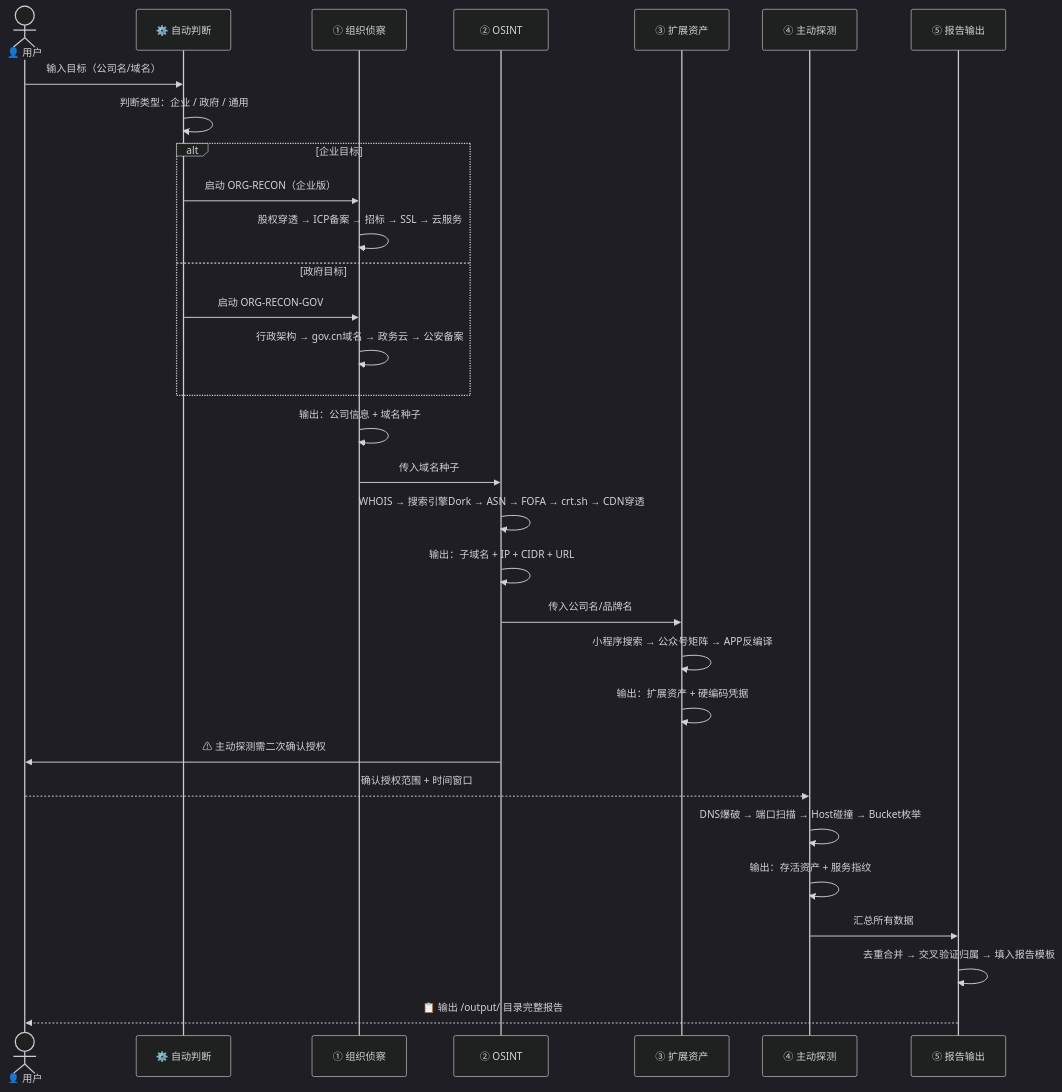
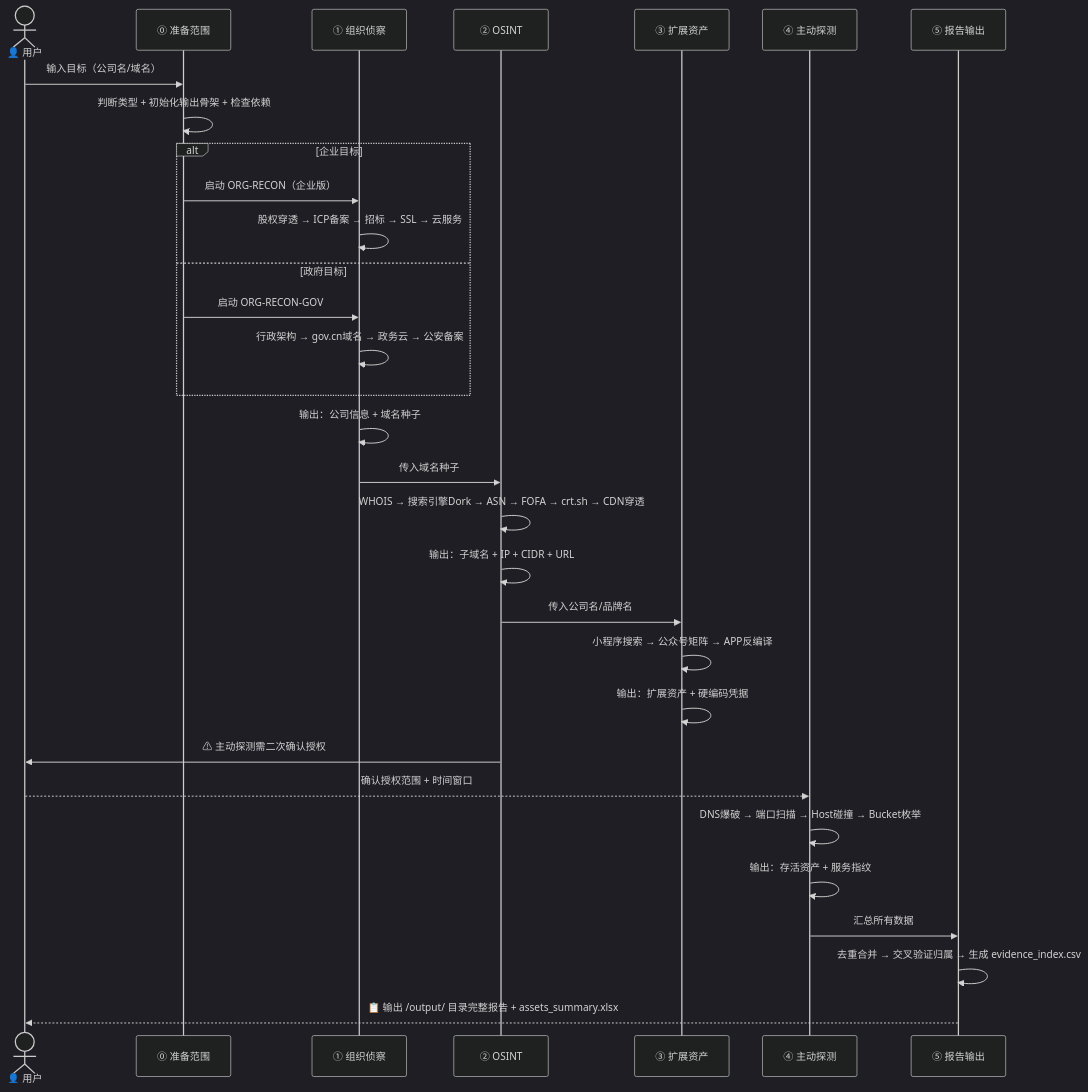
One commit to ctfd3219/red-ICS changed the second of 2 diagrams in README.md. Above: the diagram before and after it, drawn with Mermaid (dark theme). The commit also changed other lines of this file, not shown here.

````diff
--- a/README.md
+++ b/README.md
@@ -99,38 +106,38 @@
 ```mermaid
 sequenceDiagram
     actor User as 👤 用户
-    participant Auto as ⚙️ 自动判断
+    participant Prep as ⓪ 准备范围
     participant Org as ① 组织侦察
     participant Osint as ② OSINT
     participant Ext as ③ 扩展资产
     participant Active as ④ 主动探测
     participant Report as ⑤ 报告输出
 
-    User->>Auto: 输入目标（公司名/域名）
-    Auto->>Auto: 判断类型：企业 / 政府 / 通用
+    User->>Prep: 输入目标（公司名/域名）
+    Prep->>Prep: 判断类型 + 初始化输出骨架 + 检查依赖
     alt 企业目标
-        Auto->>Org: 启动 ORG-RECON（企业版）
+        Prep->>Org: 启动 ORG-RECON（企业版）
         Org->>Org: 股权穿透 → ICP备案 → 招标 → SSL → 云服务
     else 政府目标
-        Auto->>Org: 启动 ORG-RECON-GOV
+        Prep->>Org: 启动 ORG-RECON-GOV
         Org->>Org: 行政架构 → gov.cn域名 → 政务云 → 公安备案
     end
     Org->>Org: 输出：公司信息 + 域名种子
 
     Org->>Osint: 传入域名种子
     Osint->>Osint: WHOIS → 搜索引擎Dork → ASN → FOFA → crt.sh → CDN穿透
     Osint->>Osint: 输出：子域名 + IP + CIDR + URL
 
     Osint->>Ext: 传入公司名/品牌名
     Ext->>Ext: 小程序搜索 → 公众号矩阵 → APP反编译
     Ext->>Ext: 输出：扩展资产 + 硬编码凭据
 
     Osint->>User: ⚠ 主动探测需二次确认授权
     User-->>Active: 确认授权范围 + 时间窗口
     Active->>Active: DNS爆破 → 端口扫描 → Host碰撞 → Bucket枚举
     Active->>Active: 输出：存活资产 + 服务指纹
 
     Active->>Report: 汇总所有数据
-    Report->>Report: 去重合并 → 交叉验证归属 → 填入报告模板
-    Report-->>User: 📋 输出 /output/ 目录完整报告
+    Report->>Report: 去重合并 → 交叉验证归属 → 生成 evidence_index.csv
+    Report-->>User: 📋 输出 /output/ 目录完整报告 + assets_summary.xlsx
 ```
````
